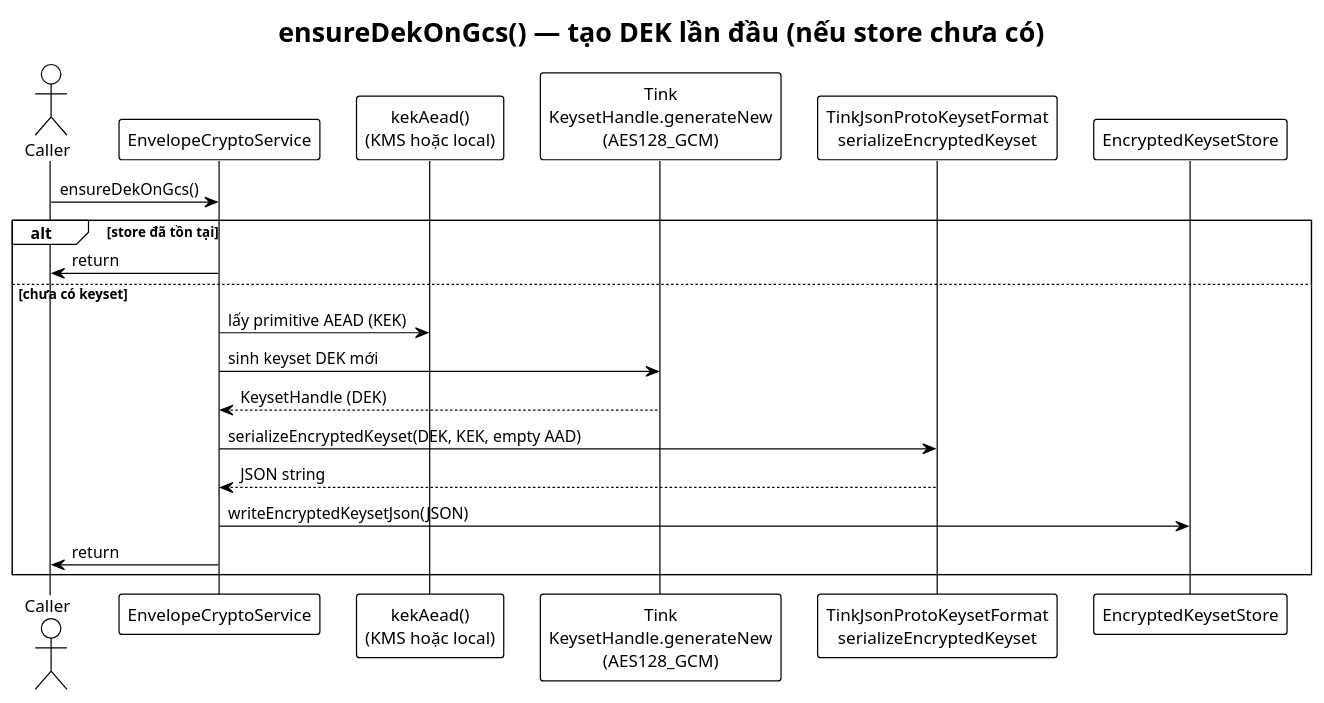
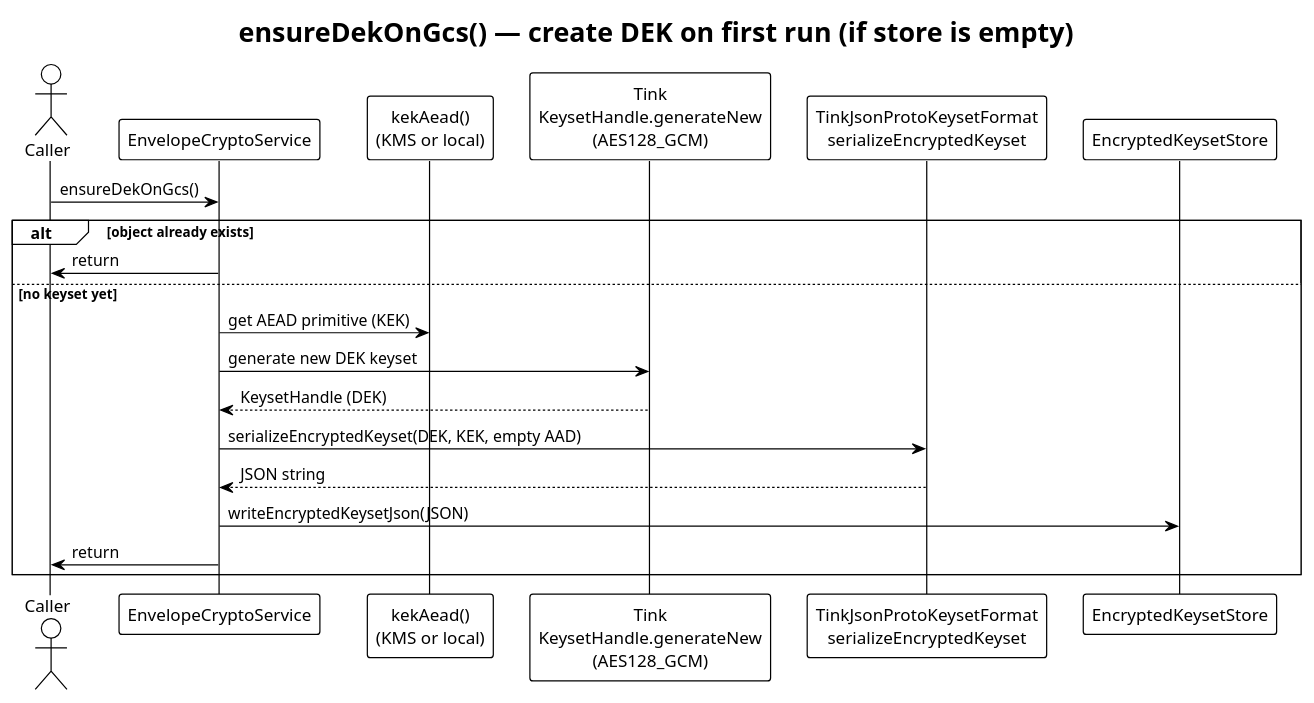
The diagram in docs/ensure-dek-sequence.puml (vtnhanhcmus/gsk-kms-hsm), drawn with PlantUML before and after one commit. The commit also changed 25 other files, not shown here.

```diff
--- a/docs/ensure-dek-sequence.puml
+++ b/docs/ensure-dek-sequence.puml
@@ -1,25 +1,25 @@
 @startuml
 !theme plain
-title ensureDekOnGcs() — tạo DEK lần đầu (nếu store chưa có)
+title ensureDekOnGcs() — create DEK on first run (if store is empty)
 
 actor Caller
 participant "EnvelopeCryptoService" as svc
-participant "kekAead()\n(KMS hoặc local)" as kek
+participant "kekAead()\n(KMS or local)" as kek
 participant "Tink\nKeysetHandle.generateNew\n(AES128_GCM)" as gen
 participant "TinkJsonProtoKeysetFormat\nserializeEncryptedKeyset" as ser
 participant "EncryptedKeysetStore" as store
 
 Caller -> svc : ensureDekOnGcs()
-alt store đã tồn tại
+alt object already exists
   svc -> Caller : return
-else chưa có keyset
-  svc -> kek : lấy primitive AEAD (KEK)
-  svc -> gen : sinh keyset DEK mới
+else no keyset yet
+  svc -> kek : get AEAD primitive (KEK)
+  svc -> gen : generate new DEK keyset
   gen --> svc : KeysetHandle (DEK)
   svc -> ser : serializeEncryptedKeyset(DEK, KEK, empty AAD)
   ser --> svc : JSON string
   svc -> store : writeEncryptedKeysetJson(JSON)
   svc -> Caller : return
 end
 
 @enduml
```
